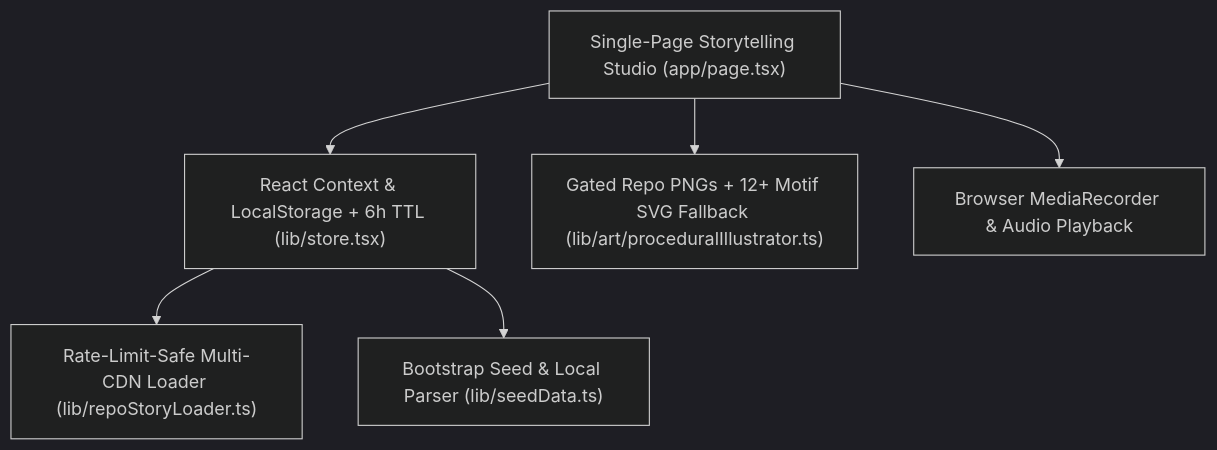
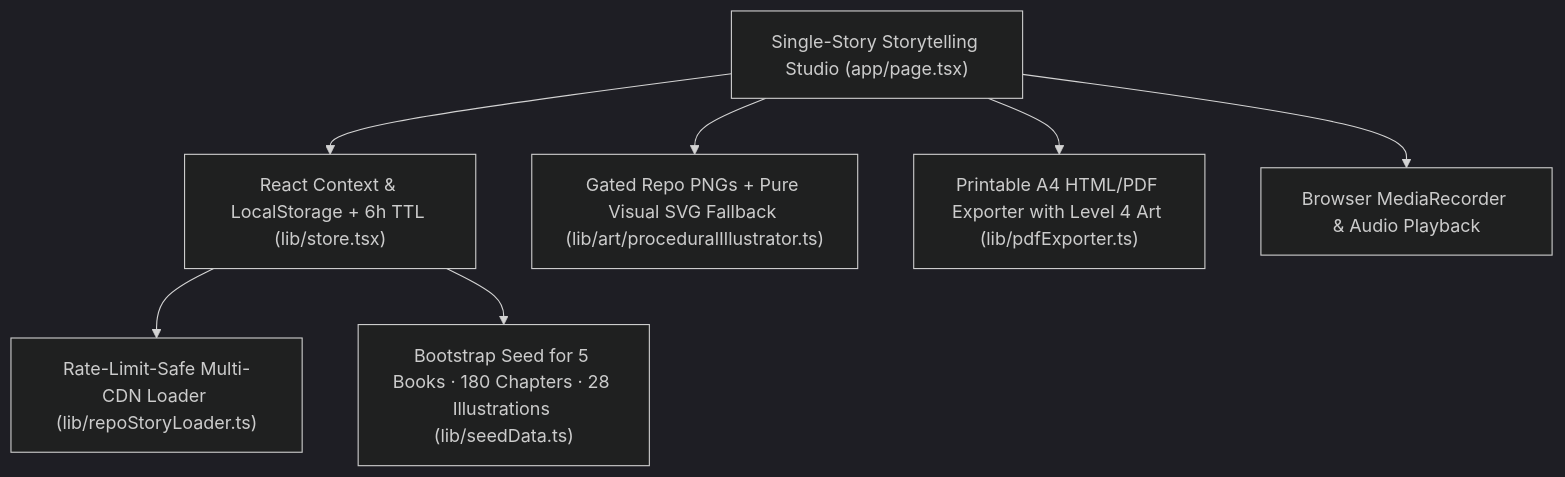
The diagram in harness/specs/01-architecture-overview.md (minhxuvi/ViWaldorf-harness), drawn with Mermaid (dark theme) before and after one commit. The commit also changed other lines of this file and 18 other files, not shown here.

First line of the commit message:
feat: Refactor storytelling practice tests and enhance PDF export functionality

````diff
--- a/harness/specs/01-architecture-overview.md
+++ b/harness/specs/01-architecture-overview.md
@@ -14,8 +14,9 @@
 ```mermaid
 graph TD
-    UI["Single-Page Storytelling Studio (app/page.tsx)"] --> STORE["React Context & LocalStorage + 6h TTL (lib/store.tsx)"]
+    UI["Single-Story Storytelling Studio (app/page.tsx)"] --> STORE["React Context & LocalStorage + 6h TTL (lib/store.tsx)"]
     STORE --> LOADER["Rate-Limit-Safe Multi-CDN Loader (lib/repoStoryLoader.ts)"]
-    STORE --> SEED["Bootstrap Seed & Local Parser (lib/seedData.ts)"]
-    UI --> ART["Gated Repo PNGs + 12+ Motif SVG Fallback (lib/art/proceduralIllustrator.ts)"]
+    STORE --> SEED["Bootstrap Seed for 5 Books · 180 Chapters · 28 Illustrations (lib/seedData.ts)"]
+    UI --> ART["Gated Repo PNGs + Pure Visual SVG Fallback (lib/art/proceduralIllustrator.ts)"]
+    UI --> PDF["Printable A4 HTML/PDF Exporter with Level 4 Art (lib/pdfExporter.ts)"]
     UI --> MIC["Browser MediaRecorder & Audio Playback"]
 ```
````
